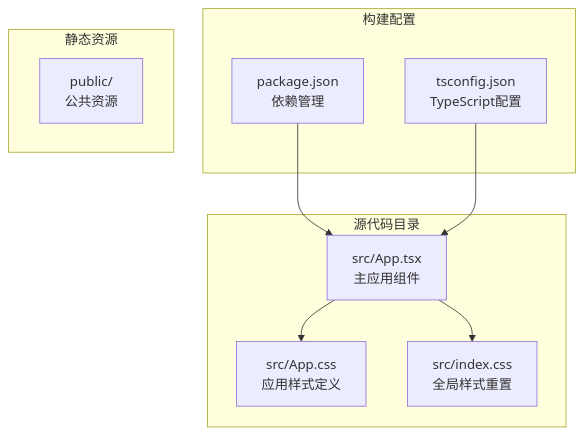
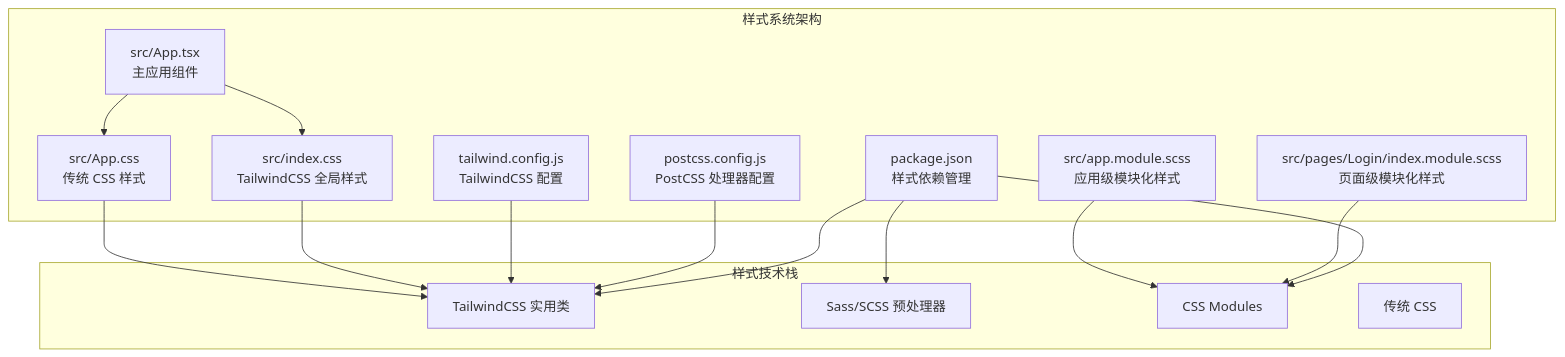
Before and after one commit to kkxxll/reactNext: the first of 7 diagrams in .qoder/repowiki/zh/content/核心组件/样式系统.md, drawn with Mermaid. The commit also changed other lines of this file and 7 other files, not shown here.

````diff
--- a/.qoder/repowiki/zh/content/核心组件/样式系统.md
+++ b/.qoder/repowiki/zh/content/核心组件/样式系统.md
@@ -39,19 +55,30 @@
 ```mermaid
 graph TB
-subgraph "源代码目录"
+subgraph "样式系统架构"
 A[src/App.tsx<br/>主应用组件]
-B[src/App.css<br/>应用样式定义]
-C[src/index.css<br/>全局样式重置]
+B[src/App.css<br/>传统 CSS 样式]
+C[src/index.css<br/>TailwindCSS 全局样式]
+D[src/app.module.scss<br/>应用级模块化样式]
+E[src/pages/Login/index.module.scss<br/>页面级模块化样式]
+F[tailwind.config.js<br/>TailwindCSS 配置]
+G[postcss.config.js<br/>PostCSS 处理器配置]
+H[package.json<br/>样式依赖管理]
 end
-subgraph "构建配置"
-D[package.json<br/>依赖管理]
-E[tsconfig.json<br/>TypeScript配置]
-end
-subgraph "静态资源"
-F[public/<br/>公共资源]
+subgraph "样式技术栈"
+I[TailwindCSS 实用类]
+J[Sass/SCSS 预处理器]
+K[CSS Modules]
+L[传统 CSS]
 end
 A --> B
 A --> C
-D --> A
-E --> A
+B --> I
+C --> I
+D --> K
+E --> K
+F --> I
+G --> I
+H --> I
+H --> J
+H --> K
 ```
````
